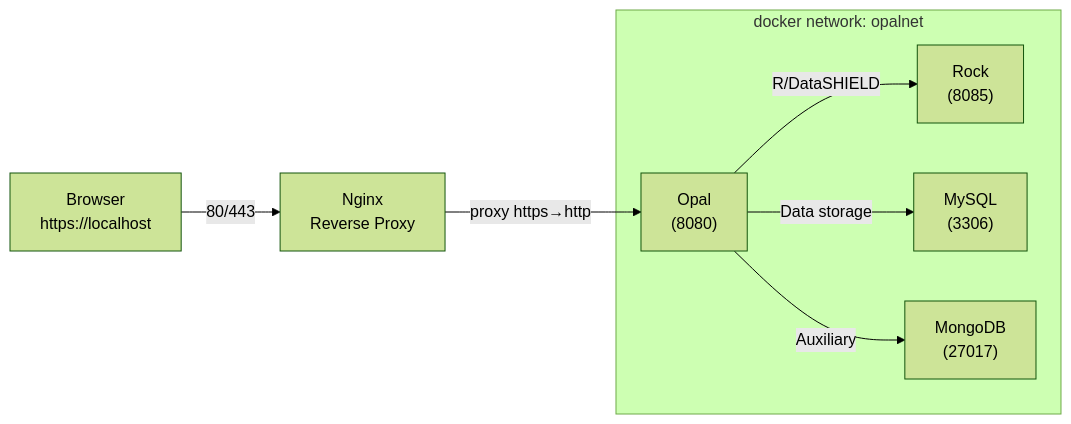
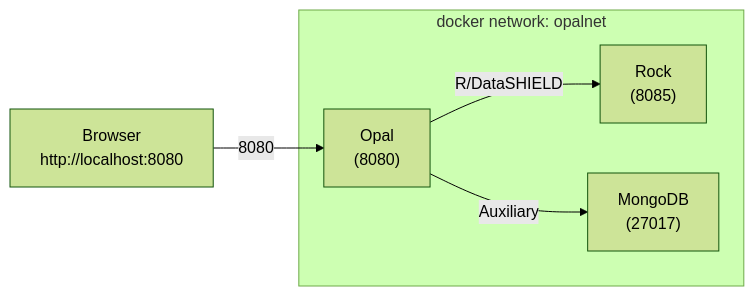
One commit to ESCRI11/datashield-workshop-2025 changed the diagram in website/slides_local_deploy/index.qmd. Above: the diagram before and after it, drawn with Mermaid (forest theme). The commit also changed other lines of this file and 1 other file, not shown here.

````diff
--- a/website/slides_local_deploy/index.qmd
+++ b/website/slides_local_deploy/index.qmd
@@ -29,10 +29,8 @@
 ```{mermaid}
 graph LR
-  B["Browser<br/>https://localhost"] -->|80/443| N["Nginx<br/>Reverse Proxy"]
-  N -->|proxy https→http| O["Opal<br/>(8080)"]
+  B["Browser<br/>http://localhost:8080"] -->|8080| O["Opal<br/>(8080)"]
   subgraph Docker["docker network: opalnet"]
     O -->|R/DataSHIELD| R["Rock<br/>(8085)"]
-    O -->|Data storage| MSQL["MySQL<br/>(3306)"]
     O -->|Auxiliary| MONGO["MongoDB<br/>(27017)"]
   end
 ```
````
